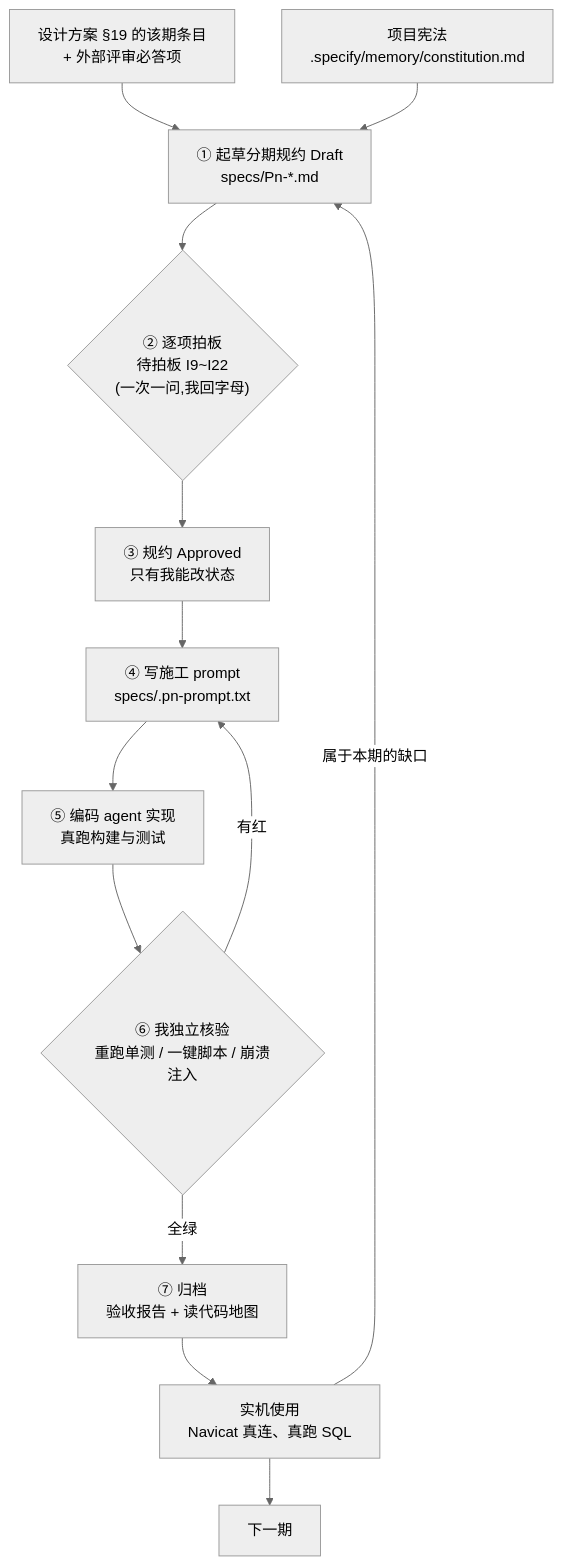
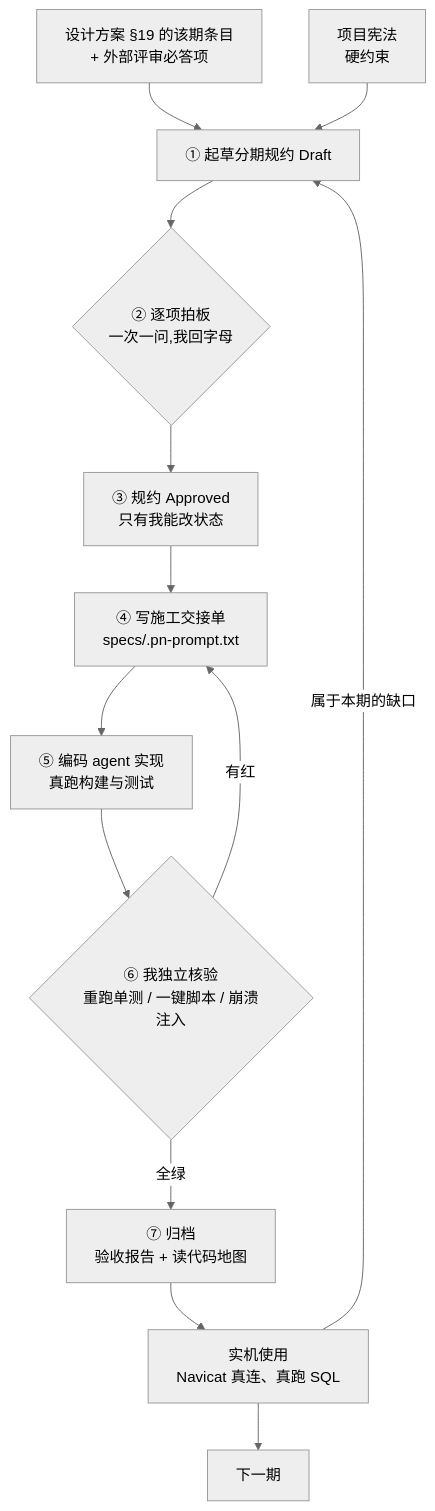
The third of 3 diagrams in VIBECODING.md (1638540149/tang_db), drawn with Mermaid (neutral theme) before and after one commit. The commit also changed other lines of this file and 1 other file, not shown here.

````diff
--- a/VIBECODING.md
+++ b/VIBECODING.md
@@ -172,15 +506,15 @@
 ```mermaid
 flowchart TD
-    A["设计方案 §19 的该期条目<br/>+ 外部评审必答项"] --> B["① 起草分期规约 Draft<br/>specs/Pn-*.md"]
-    C["项目宪法<br/>.specify/memory/constitution.md"] --> B
-    B --> D{"② 逐项拍板<br/>待拍板 I9~I22<br/>(一次一问,我回字母)"}
+    A["设计方案 §19 的该期条目<br/>+ 外部评审必答项"] --> B["① 起草分期规约 Draft"]
+    C["项目宪法<br/>硬约束"] --> B
+    B --> D{"② 逐项拍板<br/>一次一问,我回字母"}
     D --> E["③ 规约 Approved<br/>只有我能改状态"]
-    E --> F["④ 写施工 prompt<br/>specs/.pn-prompt.txt"]
+    E --> F["④ 写施工交接单<br/>specs/.pn-prompt.txt"]
     F --> G["⑤ 编码 agent 实现<br/>真跑构建与测试"]
     G --> H{"⑥ 我独立核验<br/>重跑单测 / 一键脚本 / 崩溃注入"}
     H -->|"有红"| F
     H -->|"全绿"| I["⑦ 归档<br/>验收报告 + 读代码地图"]
     I --> J["实机使用<br/>Navicat 真连、真跑 SQL"]
     J -->|"属于本期的缺口"| B
     J --> K["下一期"]
 ```
````
